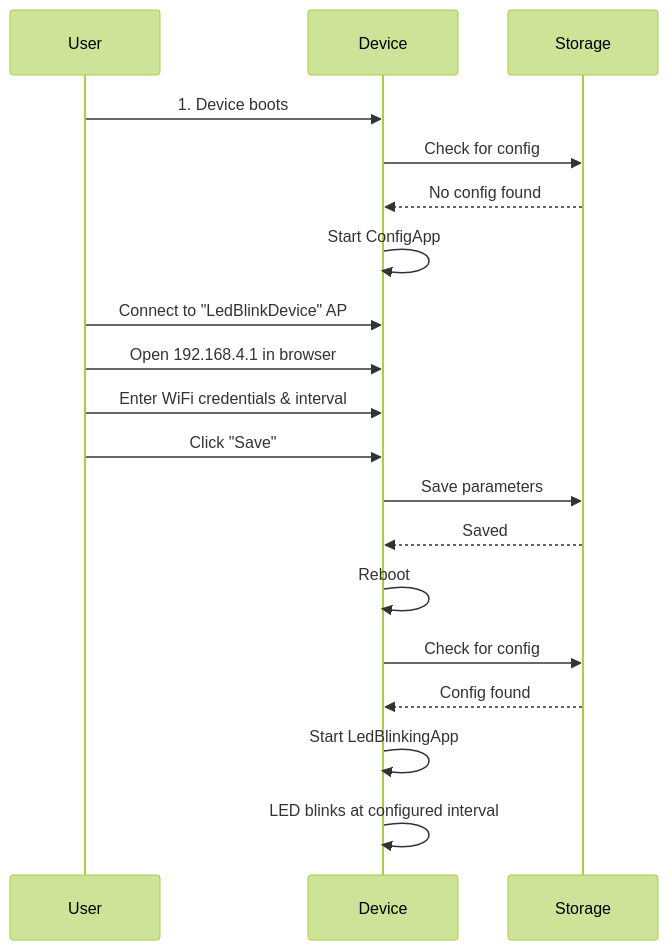
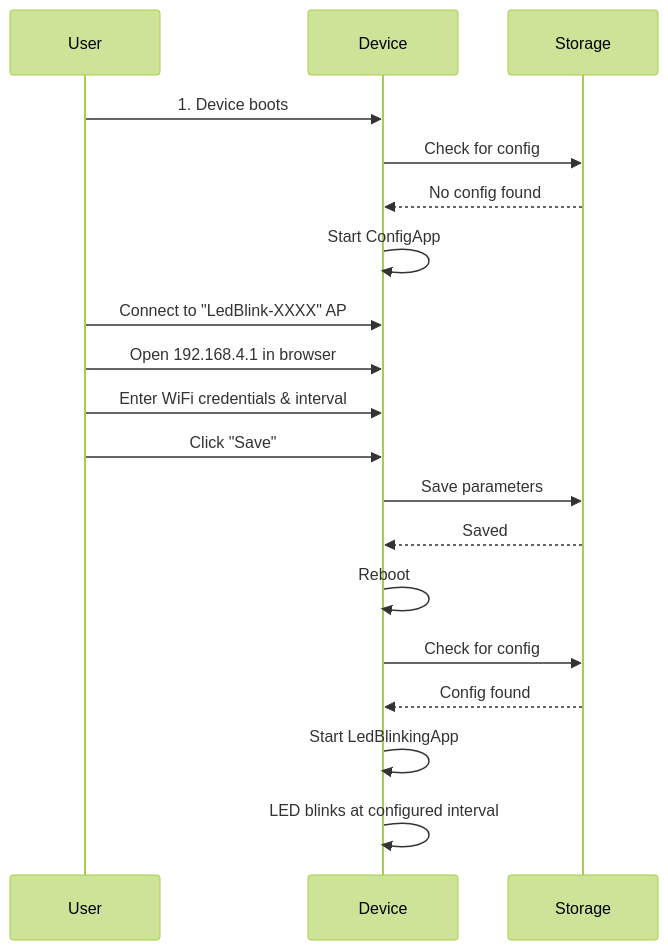
One commit to cziter15/ksIotFrameworkLib changed the third of 3 diagrams in examples/led-blink/README.md. Above: the diagram before and after it, drawn with Mermaid (forest theme). The commit also changed other lines of this file and 3 other files, not shown here.

Commit message:
(feat) Add led-blink to build workflow, fix AP name, remove serial monitor references

````diff
--- a/examples/led-blink/README.md
+++ b/examples/led-blink/README.md
@@ -113,22 +113,22 @@
 ```mermaid
 sequenceDiagram
     participant User
     participant Device
     participant Storage
     
     User->>Device: 1. Device boots
     Device->>Storage: Check for config
     Storage-->>Device: No config found
     Device->>Device: Start ConfigApp
-    User->>Device: Connect to "LedBlinkDevice" AP
+    User->>Device: Connect to "LedBlink-XXXX" AP
     User->>Device: Open 192.168.4.1 in browser
     User->>Device: Enter WiFi credentials & interval
     User->>Device: Click "Save"
     Device->>Storage: Save parameters
     Storage-->>Device: Saved
     Device->>Device: Reboot
     Device->>Storage: Check for config
     Storage-->>Device: Config found
     Device->>Device: Start LedBlinkingApp
     Device->>Device: LED blinks at configured interval
 ```
````
